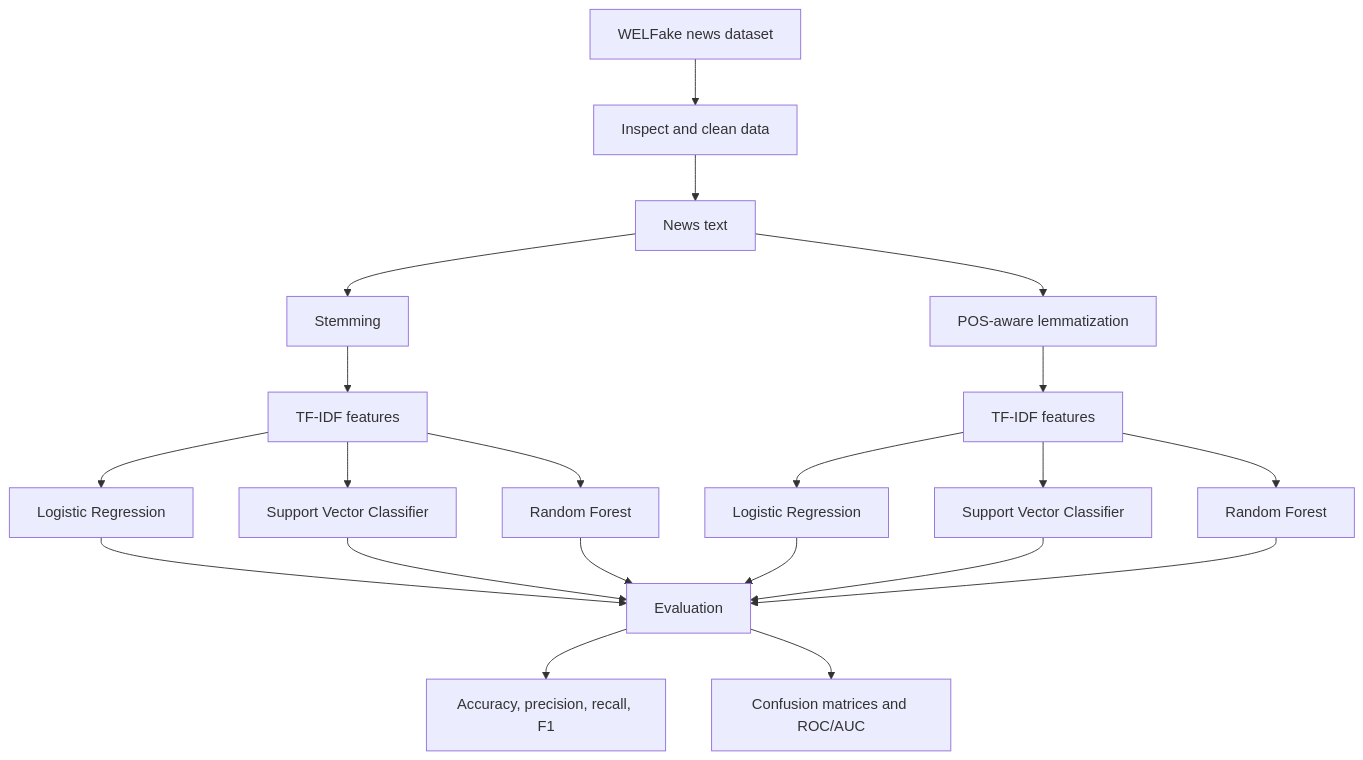
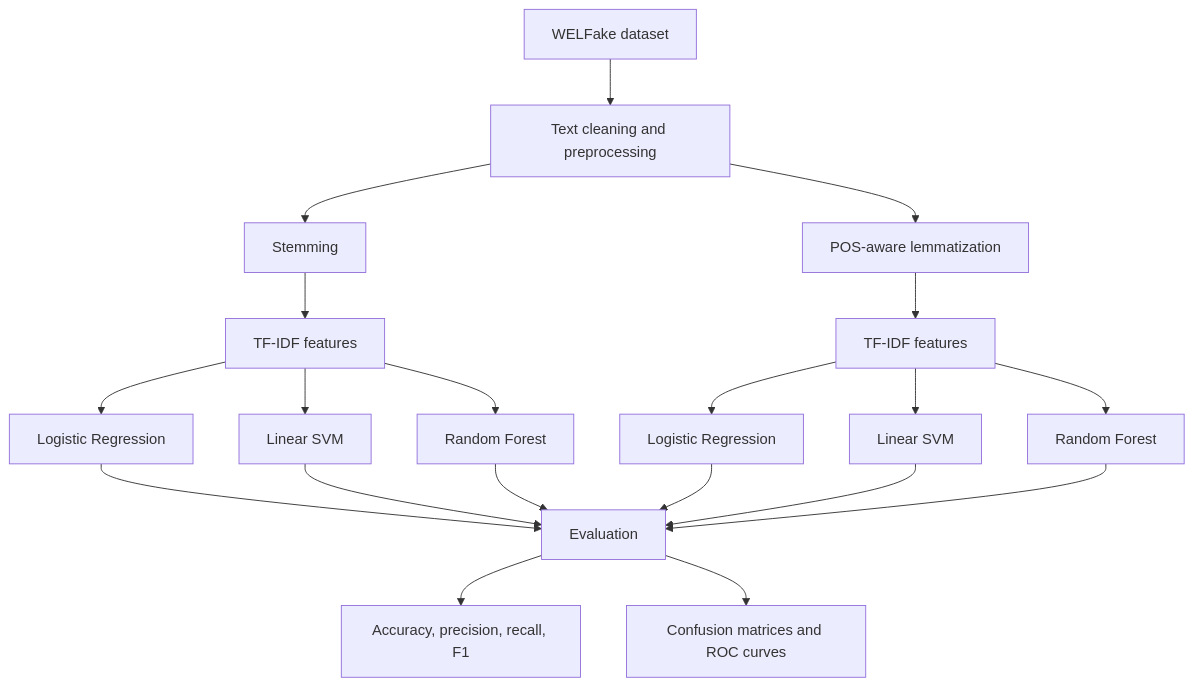
Before and after one commit to anjani24/Fake-news-Detector: the diagram in README.md, drawn with Mermaid. The commit also changed other lines of this file and 21 other files, not shown here.

````diff
--- a/README.md
+++ b/README.md
@@ -28,23 +28,22 @@
 ```mermaid
 flowchart TD
-    A[WELFake news dataset] --> B[Inspect and clean data]
-    B --> C[News text]
-    C --> D1[Stemming]
-    C --> D2[POS-aware lemmatization]
-    D1 --> E1[TF-IDF features]
-    D2 --> E2[TF-IDF features]
-    E1 --> F1[Logistic Regression]
-    E1 --> F2[Support Vector Classifier]
-    E1 --> F3[Random Forest]
-    E2 --> G1[Logistic Regression]
-    E2 --> G2[Support Vector Classifier]
-    E2 --> G3[Random Forest]
-    F1 --> H[Evaluation]
-    F2 --> H
-    F3 --> H
-    G1 --> H
-    G2 --> H
-    G3 --> H
-    H --> I[Accuracy, precision, recall, F1]
-    H --> J[Confusion matrices and ROC/AUC]
+    A[WELFake dataset] --> B[Text cleaning and preprocessing]
+    B --> C1[Stemming]
+    B --> C2[POS-aware lemmatization]
+    C1 --> D1[TF-IDF features]
+    C2 --> D2[TF-IDF features]
+    D1 --> E1[Logistic Regression]
+    D1 --> E2[Linear SVM]
+    D1 --> E3[Random Forest]
+    D2 --> F1[Logistic Regression]
+    D2 --> F2[Linear SVM]
+    D2 --> F3[Random Forest]
+    E1 --> G[Evaluation]
+    E2 --> G
+    E3 --> G
+    F1 --> G
+    F2 --> G
+    F3 --> G
+    G --> H[Accuracy, precision, recall, F1]
+    G --> I[Confusion matrices and ROC curves]
 ```
````
